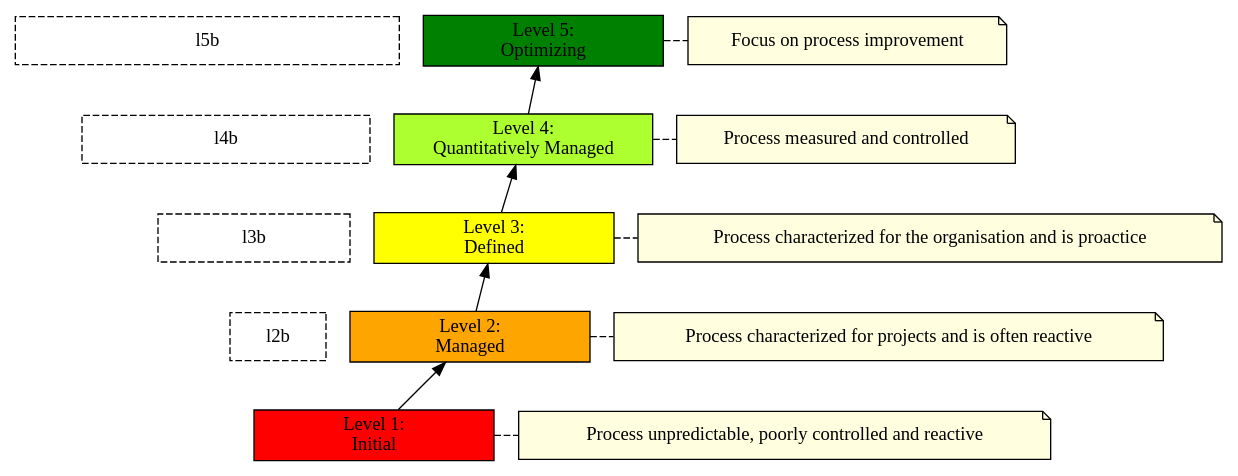
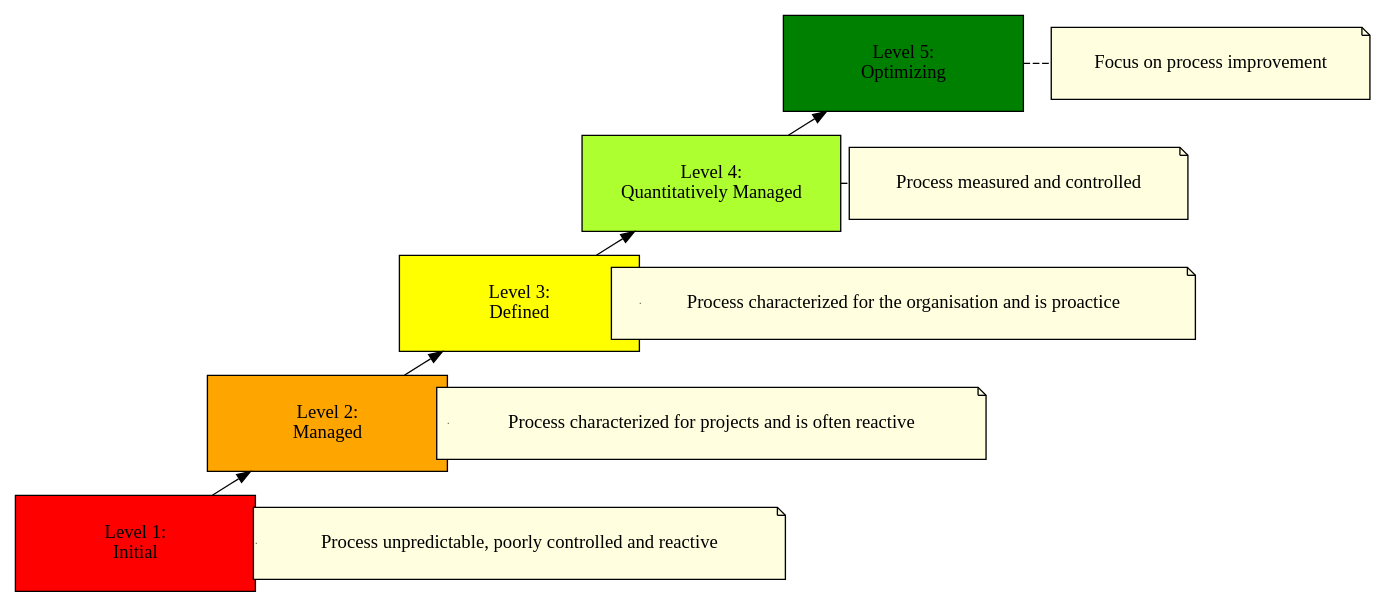
The diagram in docs/development_process/cmmi.dot (plone/plone_best_practices_discussion), drawn with Graphviz before and after one commit. The commit also changed 1 other file, not shown here.

Commit message:
Diagrams

```diff
--- a/docs/development_process/cmmi.dot
+++ b/docs/development_process/cmmi.dot
@@ -1,50 +1,42 @@
 graph cmmi {
-    rankdir=BT;
+  layout="neato";
+  rankdir=BT;
+  splines=polyline
 
-    node[style=filled shape=box width=2.5];
-    edge[]
+  node[shape=box
+       style=filled
+       width=2.5
+       height=1.0
+       pin=true
+  ];
+  edge[splines=polyline]
 
-    l1 [label="Level 1:\n Initial" fillcolor=red shape=box width=2.5];
-    l2 [label="Level 2:\n Managed"  fillcolor=orange shape=box width=2.5];
-    l3 [label="Level 3:\n Defined"  fillcolor=yellow shape=box width=2.5];
-    l4 [label="Level 4:\n Quantitatively Managed"  fillcolor=greenyellow shape=box width=2.5];
-    l5 [label="Level 5:\n Optimizing"  fillcolor=green shape=box width=2.5];
+  l1 [pos="0.0,0.0" label="Level 1:\n Initial" fillcolor=red shape=box width=2.5];
+  l2 [pos="2.0,1.25" label="Level 2:\n Managed"  fillcolor=orange shape=box width=2.5];
+  l3 [pos="4.0,2.50" label="Level 3:\n Defined"  fillcolor=yellow shape=box width=2.5];
+  l4 [pos="6.0,3.75" label="Level 4:\n Quantitatively Managed"  fillcolor=greenyellow shape=box width=2.5];
+  l5 [pos="8.0,5.00" label="Level 5:\n Optimizing"  fillcolor=green shape=box width=2.5];
 
-    l1c [label="Process unpredictable, poorly controlled and reactive" shape=note  fillcolor=lightyellow width=3];
-    l2c [label="Process characterized for projects and is often reactive" shape=note  fillcolor=lightyellow width=3];
-    l3c [label="Process characterized for the organisation and is proactice" shape=note  fillcolor=lightyellow width=3];
-    l4c [label="Process measured and controlled" shape=note  fillcolor=lightyellow width=3];
-    l5c [label="Focus on process improvement" shape=note  fillcolor=lightyellow width=3];
+  l1c [pos="4.0,0.0" label="Process unpredictable, poorly controlled and reactive" shape=note  fillcolor=lightyellow width=3 height=0.75];
+  l2c [pos="6.0,1.25" label="Process characterized for projects and is often reactive" shape=note  fillcolor=lightyellow width=3 height=0.75];
+  l3c [pos="8.0,2.50" label="Process characterized for the organisation and is proactice" shape=note  fillcolor=lightyellow width=3 height=0.75];
+  l4c [pos="9.2,3.75" label="Process measured and controlled" shape=note  fillcolor=lightyellow width=3 height=0.75];
+  l5c [pos="11.2,5.00" label="Focus on process improvement" shape=note  fillcolor=lightyellow width=3 height=0.75];
 
-    l2b [style=dashed shape=box, width=1 ];
-    l3b [style=dashed shape=box, width=2 ];
-    l4b [style=dashed shape=box, width=3 ];
-    l5b [style=dashed shape=box, width=4 ];
+  l1 -- l2 [dir=forward];
+  l2 -- l3 [dir=forward];
+  l3 -- l4 [dir=forward];
+  l4 -- l5 [dir=forward];
 
-    l1 -- l2 [dir=forward];
-    l2 -- l3 [dir=forward];
-    l3 -- l4 [dir=forward];
-    l4 -- l5 [dir=forward];
+  l1 -- l1c [style=dashed];
+  l2 -- l2c [style=dashed];
+  l3 -- l3c [style=dashed];
+  l4 -- l4c [style=dashed];
+  l5 -- l5c [style=dashed];
 
-    l1 -- l1c [style=dashed];
-    l2 -- l2c [style=dashed];
-    l3 -- l3c [style=dashed];
-    l4 -- l4c [style=dashed];
-    l5 -- l5c [style=dashed];
-
-    l1 -- l2b [style=invis];
-    l2b -- l3b [style=invis];
-    l3b -- l4b [style=invis];
-    l4b -- l5b [style=invis];
-    l2b -- l2 [style=invis];
-    l3b -- l3 [style=invis];
-    l4b -- l4 [style=invis];
-    l5b -- l5 [style=invis];
-
-
-    {rank = same; l1; l1c;}
-    {rank = same; l2; l2c; l2b;}
-    {rank = same; l3; l3c; l3b;}
-    {rank = same; l4; l4c; l4b;}
-    {rank = same; l5; l5c; l5b;}
+  {rank = same; l1; l1c;}
+  {rank = same; l2; l2c;}
+  {rank = same; l3; l3c;}
+  {rank = same; l4; l4c;}
+  {rank = same; l5; l5c;}
 }
```
